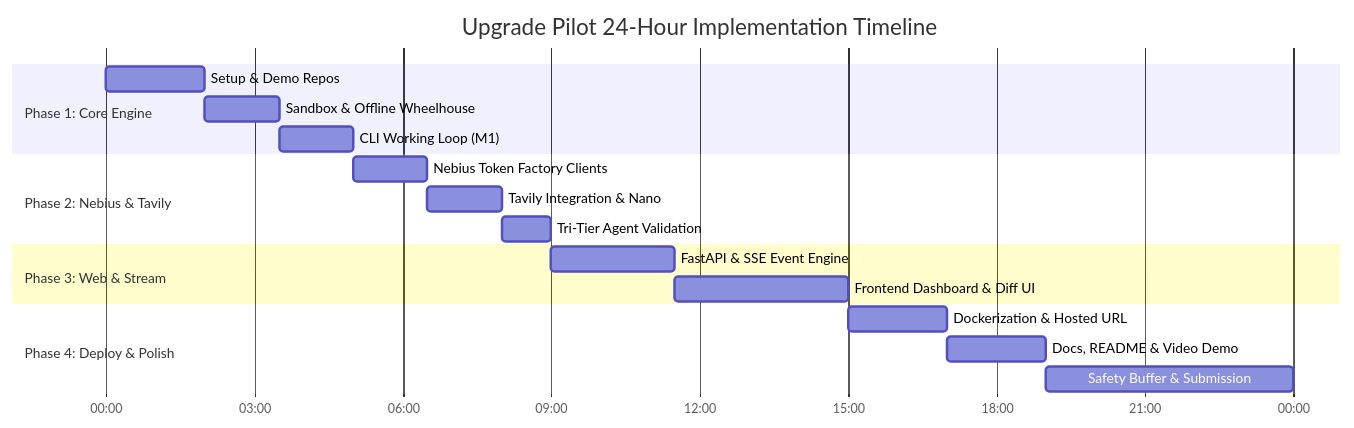
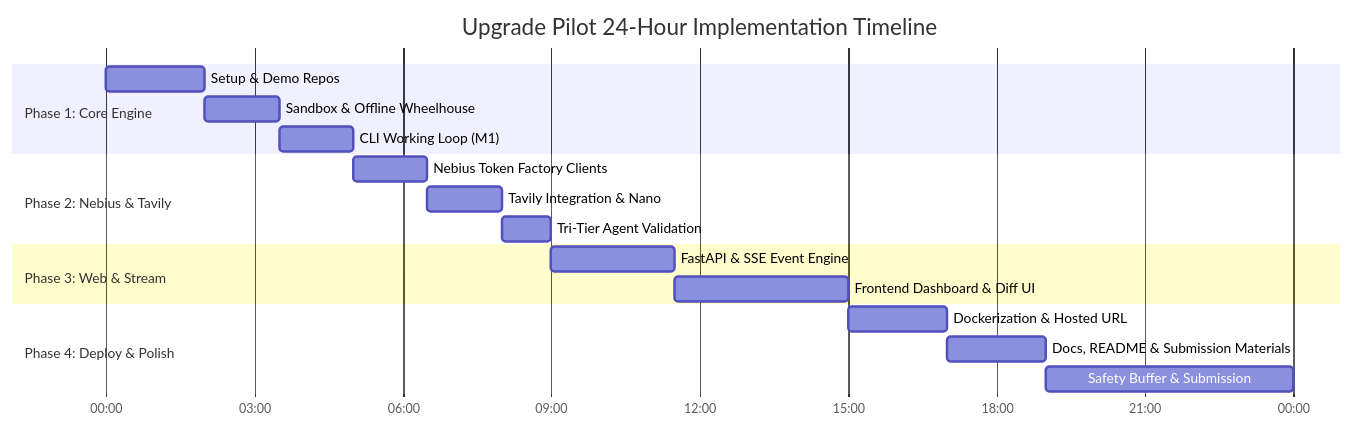
One commit to ritesh-1912/Nebius-Hackathon changed the fourth of 4 diagrams in PLAN.md. Above: the diagram before and after it, drawn with Mermaid. The commit also changed other lines of this file and 5 other files, not shown here.

Commit message:
docs: finalize hackathon written submission materials (README, DEVPOST, FEEDBACK) and remove video references

````diff
--- a/PLAN.md
+++ b/PLAN.md
@@ -436,25 +436,25 @@
 ```mermaid
 gantt
     title Upgrade Pilot 24-Hour Implementation Timeline
     dateFormat  HH:mm
     axisFormat  %H:%M
 
     section Phase 1: Core Engine
     Setup & Demo Repos           :m1, 00:00, 2h
     Sandbox & Offline Wheelhouse :m2, after m1, 1.5h
     CLI Working Loop (M1)        :m3, after m2, 1.5h
 
     section Phase 2: Nebius & Tavily
     Nebius Token Factory Clients :m4, after m3, 1.5h
     Tavily Integration & Nano    :m5, after m4, 1.5h
     Tri-Tier Agent Validation    :m6, after m5, 1.0h
 
     section Phase 3: Web & Stream
     FastAPI & SSE Event Engine   :m7, after m6, 2.5h
     Frontend Dashboard & Diff UI :m8, after m7, 3.5h
 
     section Phase 4: Deploy & Polish
     Dockerization & Hosted URL   :m9, after m8, 2.0h
-    Docs, README & Video Demo    :m10, after m9, 2.0h
+    Docs, README & Submission Materials :m10, after m9, 2.0h
     Safety Buffer & Submission   :m11, after m10, 5.0h
 ```
````
